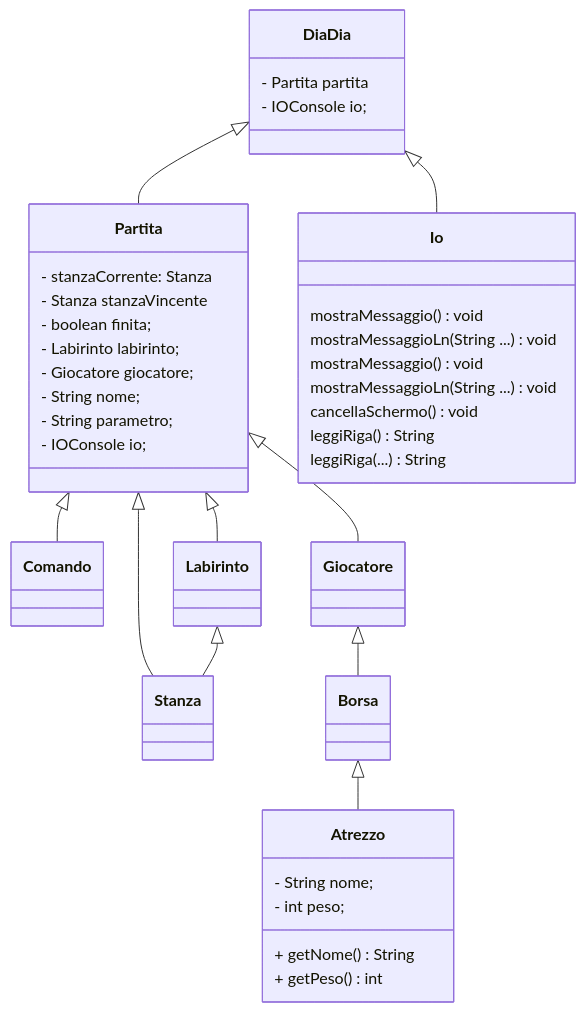
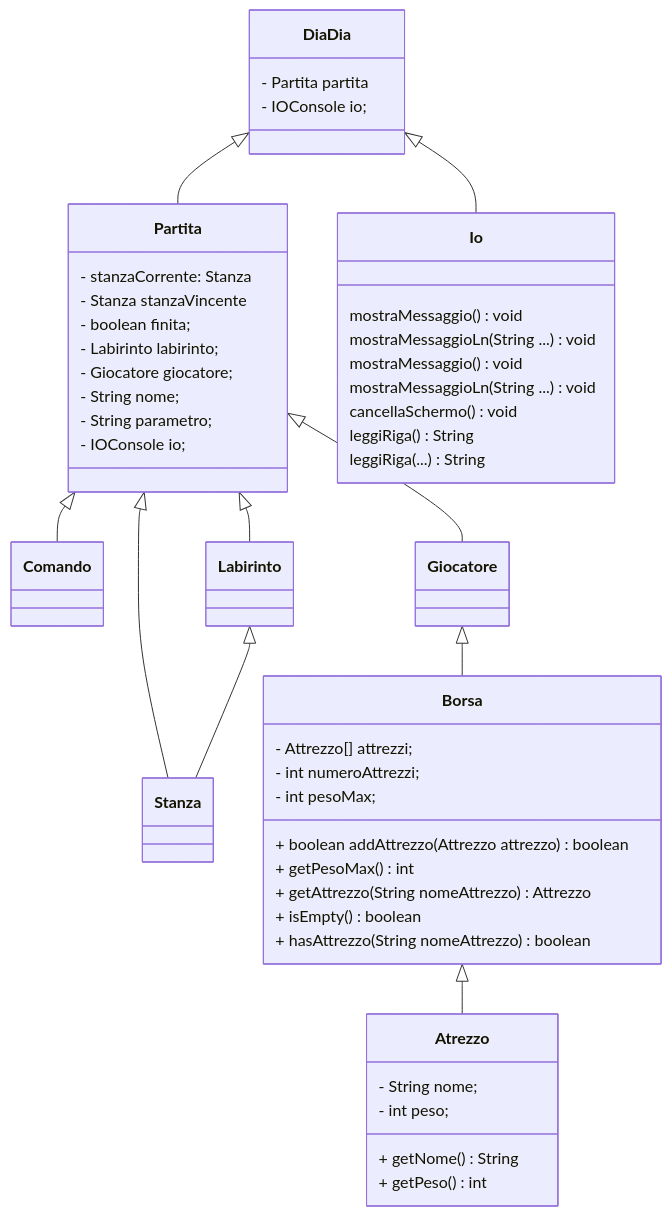
One commit to P1c1s/2024-HOMEWORK-536594 changed the diagram in README.md. Above: the diagram before and after it, drawn with Mermaid.

````diff
--- a/README.md
+++ b/README.md
@@ -3,52 +3,61 @@
 ```mermaid
 
 classDiagram
     DiaDia <|-- Partita
     DiaDia <|-- Io
     Partita <|-- Comando
     Partita <|-- Labirinto
     Partita <|-- Stanza
     Labirinto <|-- Stanza
     Partita <|-- Giocatore
     Giocatore <|-- Borsa
     Borsa <|-- Atrezzo
 
 
     class DiaDia{
         - Partita partita
         - IOConsole io;
     }
 
     class Io{
         mostraMessaggio() void
         mostraMessaggioLn(String ...) void
         mostraMessaggio() void
         mostraMessaggioLn(String ...) void
         cancellaSchermo() void
         leggiRiga() String
         leggiRiga(...) String
     }
     class Partita{
         - stanzaCorrente: Stanza
         - Stanza stanzaVincente
         - boolean finita;
         - Labirinto labirinto;
         - Giocatore giocatore;
     }
 
     class Partita{
         - String nome;
         - String parametro;
         - IOConsole io;
     }
 
     class Atrezzo{
         - String nome;
 	    - int peso;
         + getNome() String
         + getPeso() int
-
     }
 
+    class Borsa{
+		- Attrezzo[] attrezzi;
+		- int numeroAttrezzi;
+		- int pesoMax;
+        + boolean addAttrezzo(Attrezzo attrezzo) boolean
+        + getPesoMax() int
+        + getAttrezzo(String nomeAttrezzo) Attrezzo
+        + isEmpty() boolean
+        + hasAttrezzo(String nomeAttrezzo) boolean
+    }
 
 ```
````
